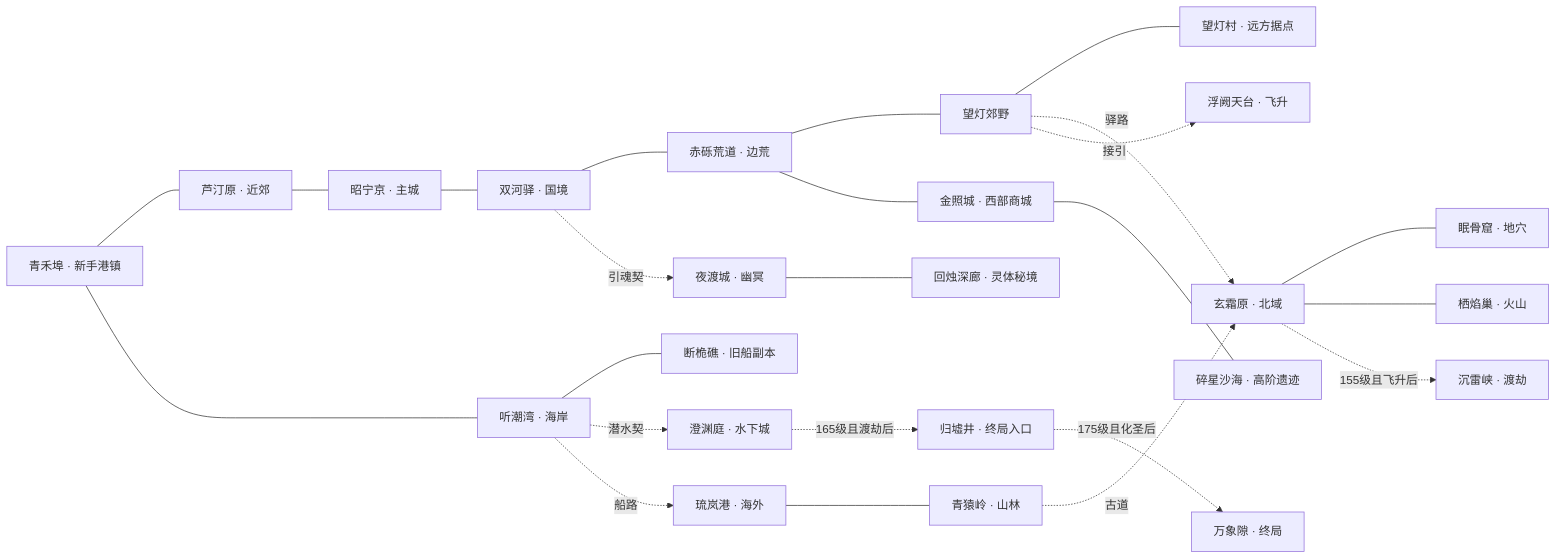
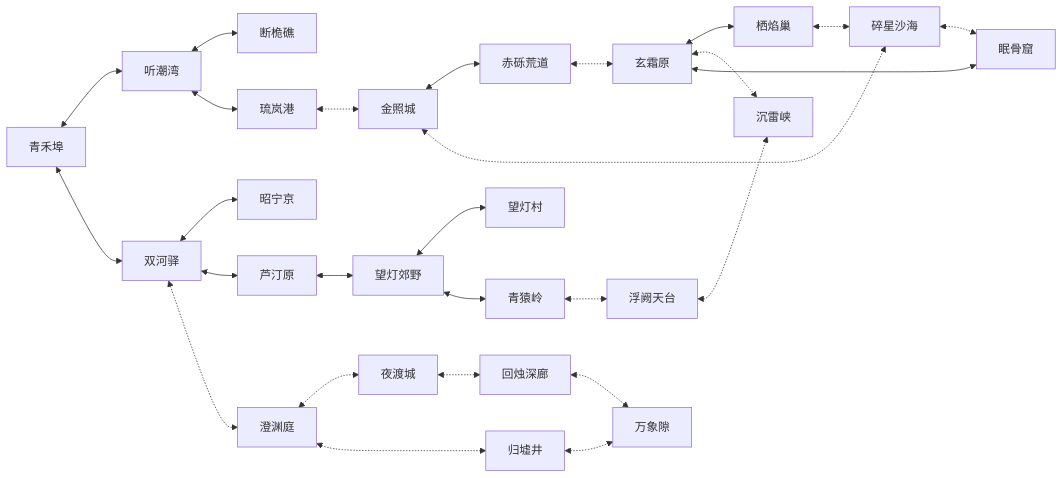
The diagram in docs/世界地图与区域设计.md (PengChengWen/Fantasy-Westward-Journey), drawn with Mermaid before and after one commit. The commit also changed other lines of this file and 15 other files, not shown here.

````diff
--- a/docs/世界地图与区域设计.md
+++ b/docs/世界地图与区域设计.md
@@ -11,26 +74,52 @@
 ```mermaid
 flowchart LR
-    QH["青禾埠 · 新手港镇"] --- LT["芦汀原 · 近郊"]
-    LT --- ZN["昭宁京 · 主城"]
-    ZN --- SH["双河驿 · 国境"]
-    SH --- CL["赤砾荒道 · 边荒"]
-    CL --- WD["望灯郊野"]
-    WD --- WC["望灯村 · 远方据点"]
-    QH --- TC["听潮湾 · 海岸"]
-    TC --- DJ["断桅礁 · 旧船副本"]
-    TC -. "潜水契" .-> CY["澄渊庭 · 水下城"]
-    TC -. "船路" .-> LL["琉岚港 · 海外"]
-    LL --- QY["青猿岭 · 山林"]
-    QY -. "古道" .-> XS["玄霜原 · 北域"]
-    WD -. "驿路" .-> XS
-    XS --- MG["眠骨窟 · 地穴"]
-    XS --- QYAO["栖焰巢 · 火山"]
-    WD -. "接引" .-> FQ["浮阙天台 · 飞升"]
-    SH -. "引魂契" .-> YD["夜渡城 · 幽冥"]
-    YD --- HZ["回烛深廊 · 灵体秘境"]
-    CL --- JZ["金照城 · 西部商城"]
-    JZ --- SS["碎星沙海 · 高阶遗迹"]
-    XS -. "155级且飞升后" .-> SL["沉雷峡 · 渡劫"]
-    CY -. "165级且渡劫后" .-> GX["归墟井 · 终局入口"]
-    GX -. "175级且化圣后" .-> WX["万象隙 · 终局"]
+    QH["青禾埠"]
+    LT["芦汀原"]
+    ZN["昭宁京"]
+    TC["听潮湾"]
+    DJ["断桅礁"]
+    CY["澄渊庭"]
+    SH["双河驿"]
+    CL["赤砾荒道"]
+    WD["望灯郊野"]
+    WC["望灯村"]
+    LL["琉岚港"]
+    QY["青猿岭"]
+    XS["玄霜原"]
+    MG["眠骨窟"]
+    QYAO["栖焰巢"]
+    FQ["浮阙天台"]
+    YD["夜渡城"]
+    HZ["回烛深廊"]
+    JZ["金照城"]
+    SS["碎星沙海"]
+    SL["沉雷峡"]
+    GX["归墟井"]
+    WX["万象隙"]
+    QH <--> TC
+    QH <--> SH
+    SH <--> ZN
+    SH <--> LT
+    LT <--> WD
+    WD <--> WC
+    SH <-.-> CY
+    CY <-.-> YD
+    YD <-.-> HZ
+    TC <--> DJ
+    TC <--> LL
+    LL <-.-> JZ
+    JZ <--> CL
+    JZ <-.-> SS
+    SS <-.-> MG
+    MG <--> XS
+    XS <--> QYAO
+    XS <-.-> SL
+    WD <--> QY
+    QY <-.-> FQ
+    FQ <-.-> SL
+    CY <-.-> GX
+    GX <-.-> WX
+    HZ <-.-> WX
+    CL <-.-> XS
+    QYAO <-.-> SS
 ```
````
